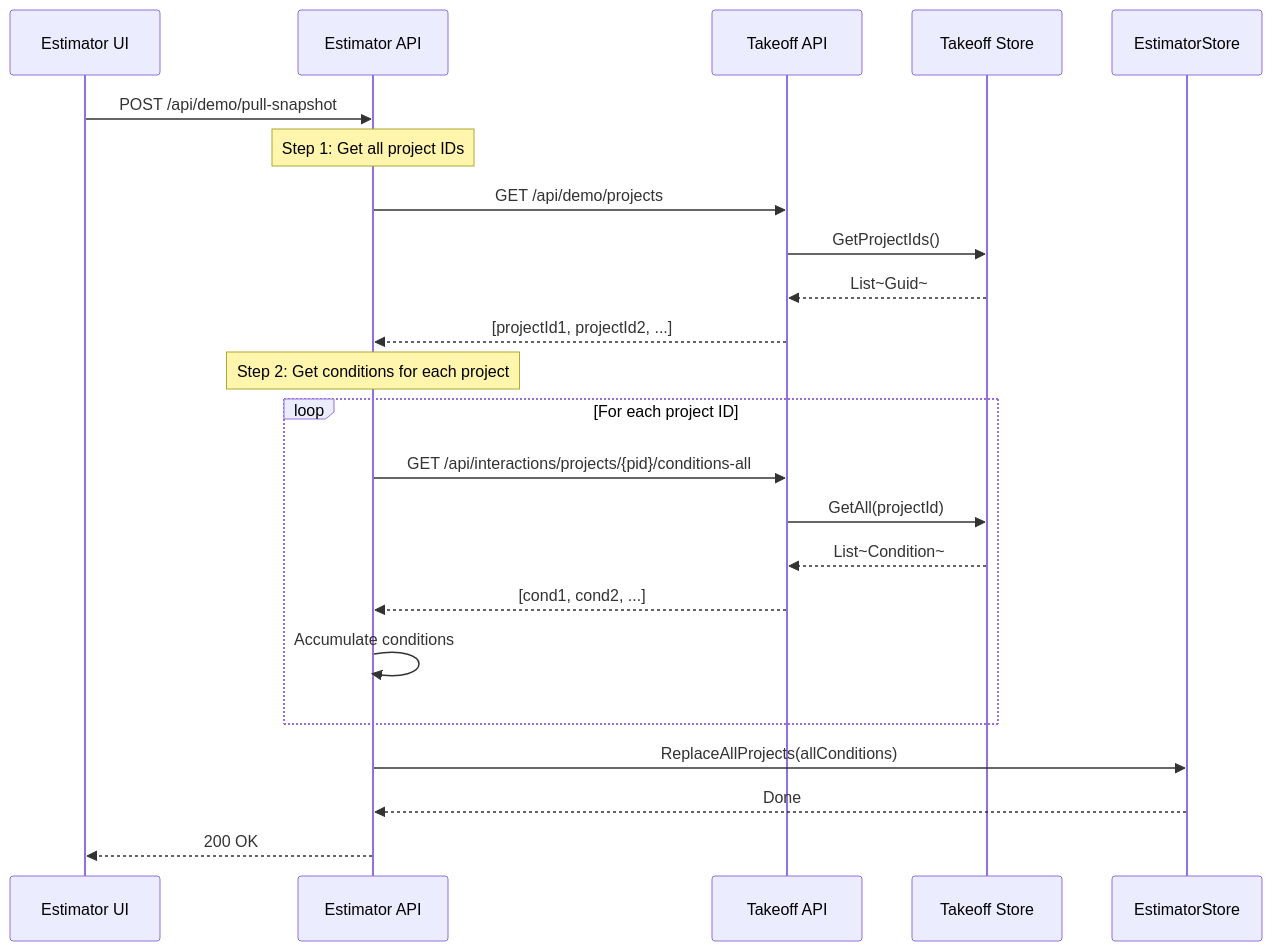
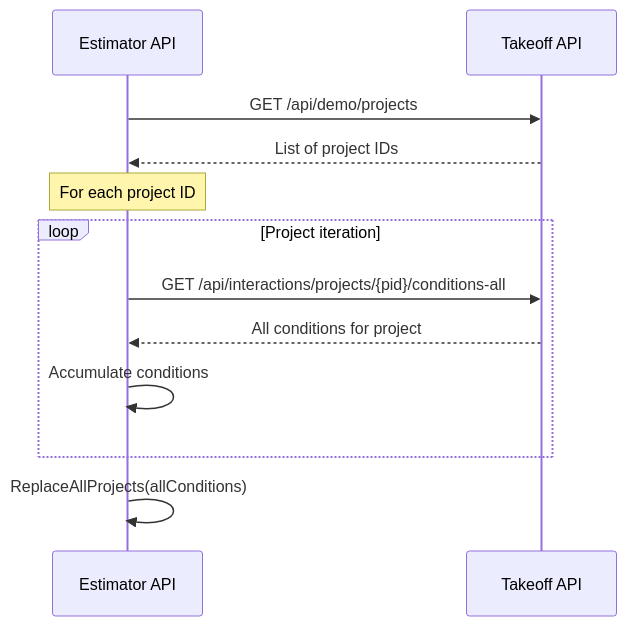
The fourth of 7 diagrams in docs/contract-diagrams.md (pkarabut-bw/embedded-integration), drawn with Mermaid before and after one commit. The commit also changed other lines of this file, not shown here.

Commit message:
updated diagrams

````diff
--- a/docs/contract-diagrams.md
+++ b/docs/contract-diagrams.md
@@ -108,28 +102,17 @@
 ```mermaid
 sequenceDiagram
-    participant EstimatorUI as Estimator UI
     participant EstimatorAPI as Estimator API
     participant TakeoffAPI as Takeoff API
-    participant TakeoffStore as Takeoff Store
     
-    EstimatorUI->>EstimatorAPI: POST /api/demo/pull-snapshot
+    EstimatorAPI->>TakeoffAPI: GET /api/demo/projects
+    TakeoffAPI-->>EstimatorAPI: List of project IDs
     
-    Note over EstimatorAPI: Step 1: Get all project IDs
-    EstimatorAPI->>TakeoffAPI: GET /api/demo/projects
-    TakeoffAPI->>TakeoffStore: GetProjectIds()
-    TakeoffStore-->>TakeoffAPI: List~Guid~
-    TakeoffAPI-->>EstimatorAPI: [projectId1, projectId2, ...]
-    
-    Note over EstimatorAPI: Step 2: Get conditions for each project
-    loop For each project ID
+    Note over EstimatorAPI: For each project ID
+    loop Project iteration
         EstimatorAPI->>TakeoffAPI: GET /api/interactions/projects/{pid}/conditions-all
-        TakeoffAPI->>TakeoffStore: GetAll(projectId)
-        TakeoffStore-->>TakeoffAPI: List~Condition~
-        TakeoffAPI-->>EstimatorAPI: [cond1, cond2, ...]
+        TakeoffAPI-->>EstimatorAPI: All conditions for project
         EstimatorAPI->>EstimatorAPI: Accumulate conditions
     end
     
-    EstimatorAPI->>EstimatorStore: ReplaceAllProjects(allConditions)
-    EstimatorStore-->>EstimatorAPI: Done
-    EstimatorAPI-->>EstimatorUI: 200 OK
+    EstimatorAPI->>EstimatorAPI: ReplaceAllProjects(allConditions)
 ```
````
